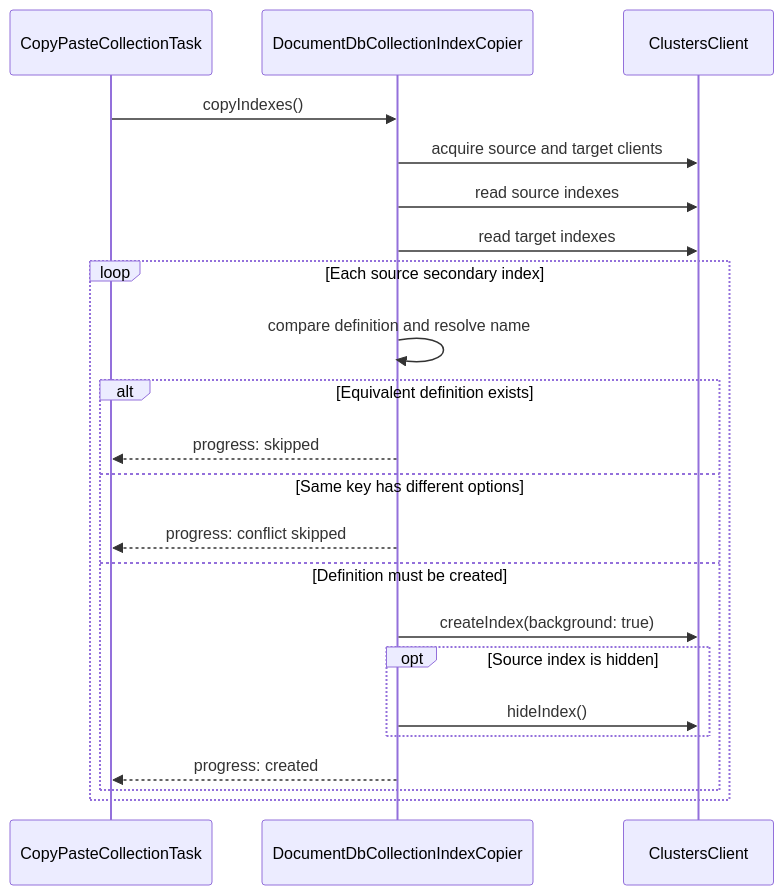
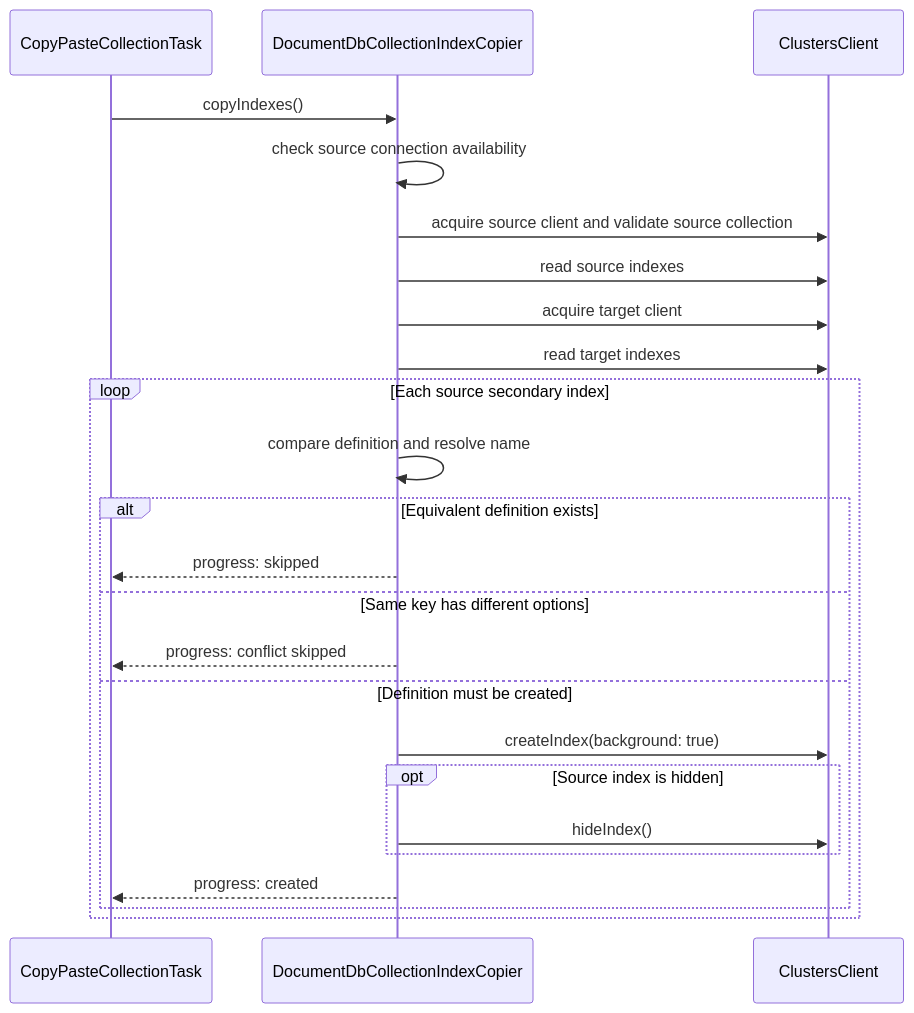
One commit to microsoft/vscode-documentdb changed the diagram in src/services/taskService/data-api/indexes/README.md. Above: the diagram before and after it, drawn with Mermaid. The commit also changed other lines of this file and 9 other files, not shown here.

````diff
--- a/src/services/taskService/data-api/indexes/README.md
+++ b/src/services/taskService/data-api/indexes/README.md
@@ -53,25 +59,27 @@
 ```mermaid
 sequenceDiagram
     participant Task as CopyPasteCollectionTask
     participant Copier as DocumentDbCollectionIndexCopier
     participant Client as ClustersClient
 
     Task->>Copier: copyIndexes()
-    Copier->>Client: acquire source and target clients
+    Copier->>Copier: check source connection availability
+    Copier->>Client: acquire source client and validate source collection
     Copier->>Client: read source indexes
+    Copier->>Client: acquire target client
     Copier->>Client: read target indexes
     loop Each source secondary index
         Copier->>Copier: compare definition and resolve name
         alt Equivalent definition exists
             Copier-->>Task: progress: skipped
         else Same key has different options
             Copier-->>Task: progress: conflict skipped
         else Definition must be created
             Copier->>Client: createIndex(background: true)
             opt Source index is hidden
                 Copier->>Client: hideIndex()
             end
             Copier-->>Task: progress: created
         end
     end
 ```
````
